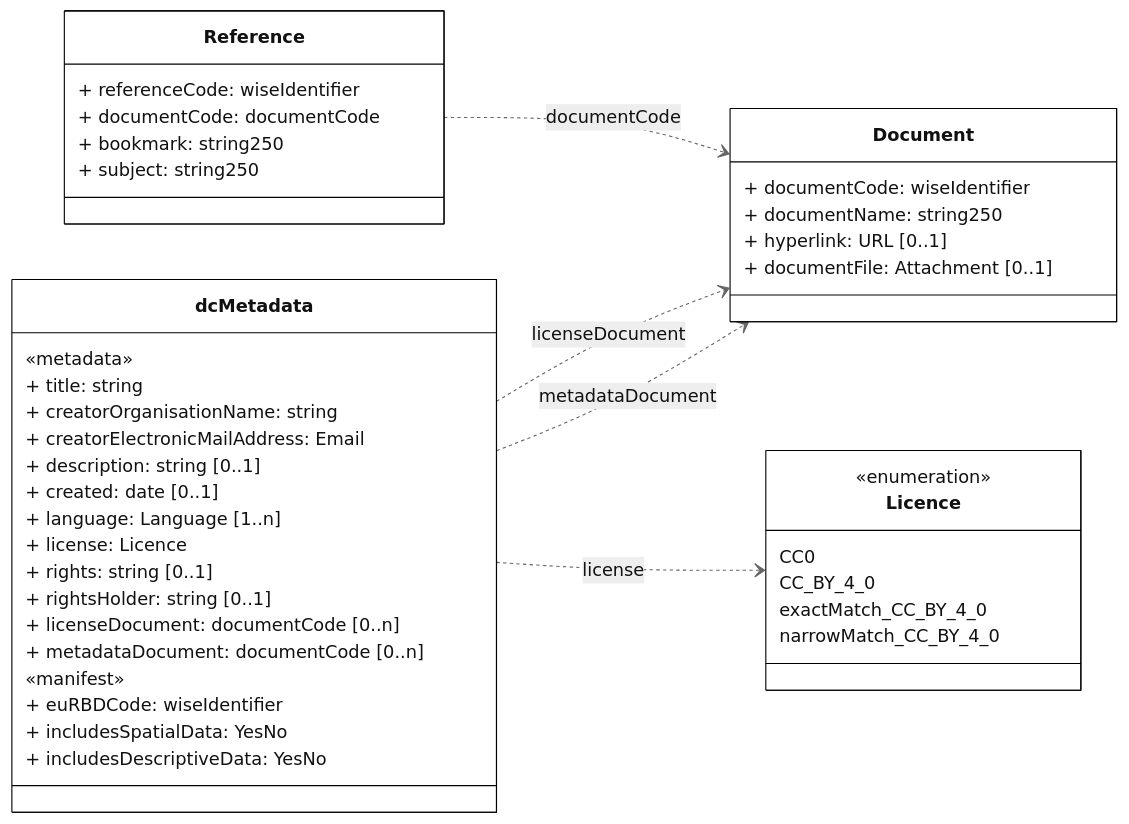
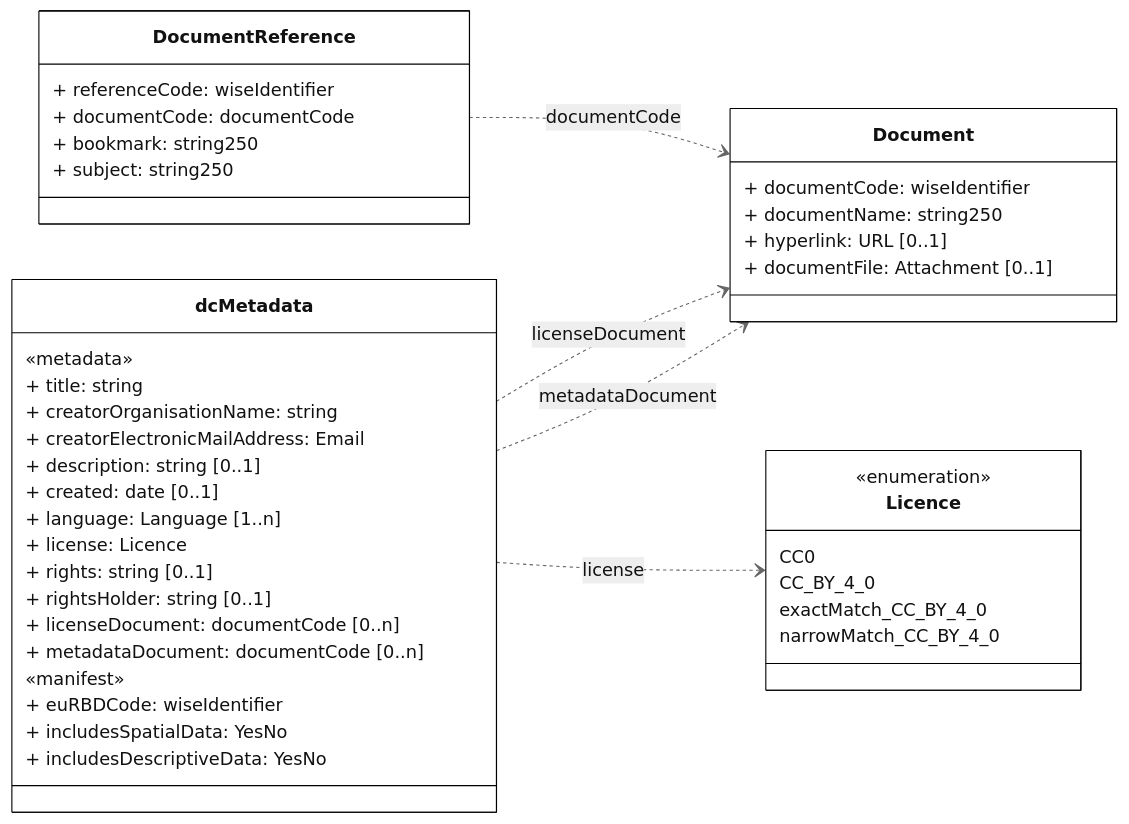
The diagram in docs/DataModelReview/mmd/ProtectedArea_4thCycle_Documents_ClassDiagram.mmd (eeadata/WISE.WFD.Documentation), drawn with Mermaid before and after one commit. The commit also changed 14 other files, not shown here.

First line of the commit message:
Correcting typo in the DocumentReference table name.

```diff
--- a/docs/DataModelReview/mmd/ProtectedArea_4thCycle_Documents_ClassDiagram.mmd
+++ b/docs/DataModelReview/mmd/ProtectedArea_4thCycle_Documents_ClassDiagram.mmd
@@ -1,60 +1,60 @@
 ---
 config:
   class:
     hideEmptyMembersBox: true
   layout: dagre
   theme: neutral
 ---
 classDiagram
 direction LR
 
 class dcMetadata {
 
 «metadata»
 + title: string
 + creatorOrganisationName: string
 + creatorElectronicMailAddress: Email
 + description: string [0..1]
 + created: date [0..1]
 + language: Language [1..n]
 + license: Licence
 + rights: string [0..1]
 + rightsHolder: string [0..1]
 + licenseDocument: documentCode [0..n]
 + metadataDocument: documentCode [0..n]
 
 «manifest»
 + euRBDCode: wiseIdentifier
 + includesSpatialData: YesNo
 + includesDescriptiveData: YesNo
 }
 
-class Reference {
+class DocumentReference {
   + referenceCode: wiseIdentifier
   + documentCode: documentCode
   + bookmark: string250
   + subject: string250 
 }
 
 class Document {
 + documentCode: wiseIdentifier
 + documentName: string250
 + hyperlink: URL [0..1]
 + documentFile: Attachment [0..1]
 }
 
 class Licence{
   <<enumeration>>
   CC0
   CC_BY_4_0
   exactMatch_CC_BY_4_0
   narrowMatch_CC_BY_4_0
 }
 
-Reference  ..> Document: documentCode
+DocumentReference  ..> Document: documentCode
 dcMetadata ..> Document: licenseDocument
 dcMetadata ..> Document: metadataDocument
 dcMetadata ..> Licence: license
 
 classDef default fill:white,stroke:#000;
 classDef forFixing fill:white,stroke:#f00;
```
